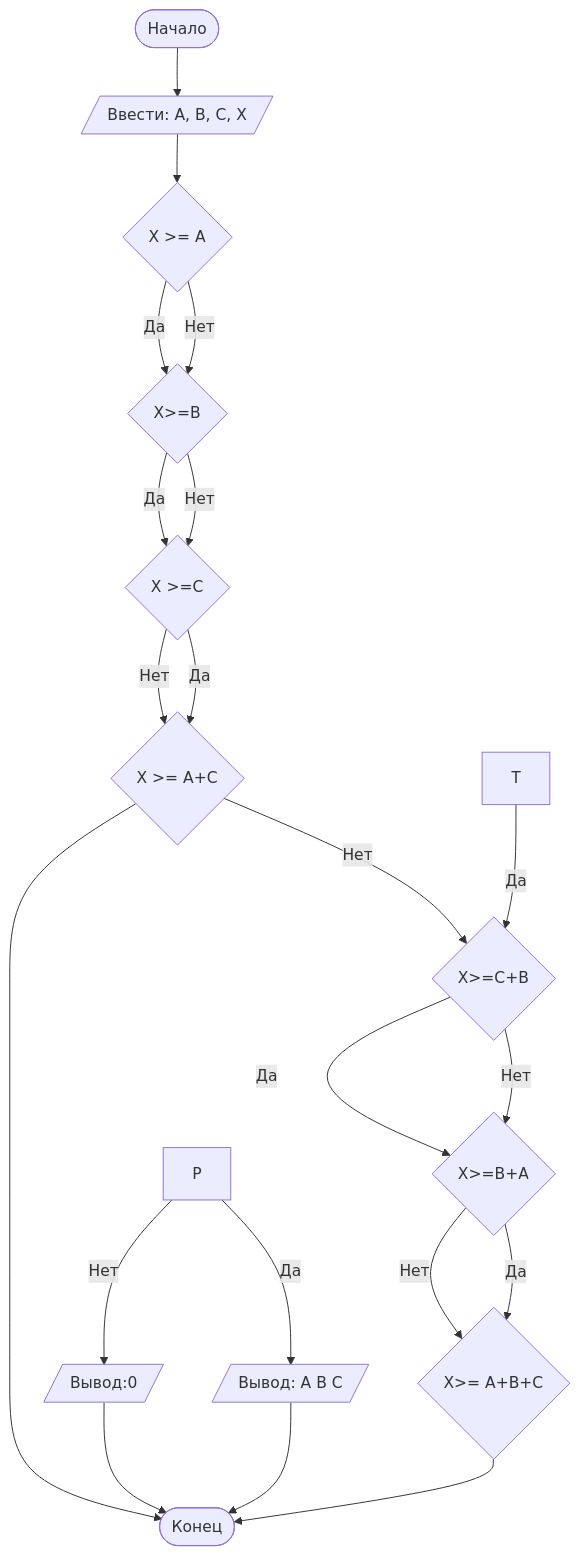
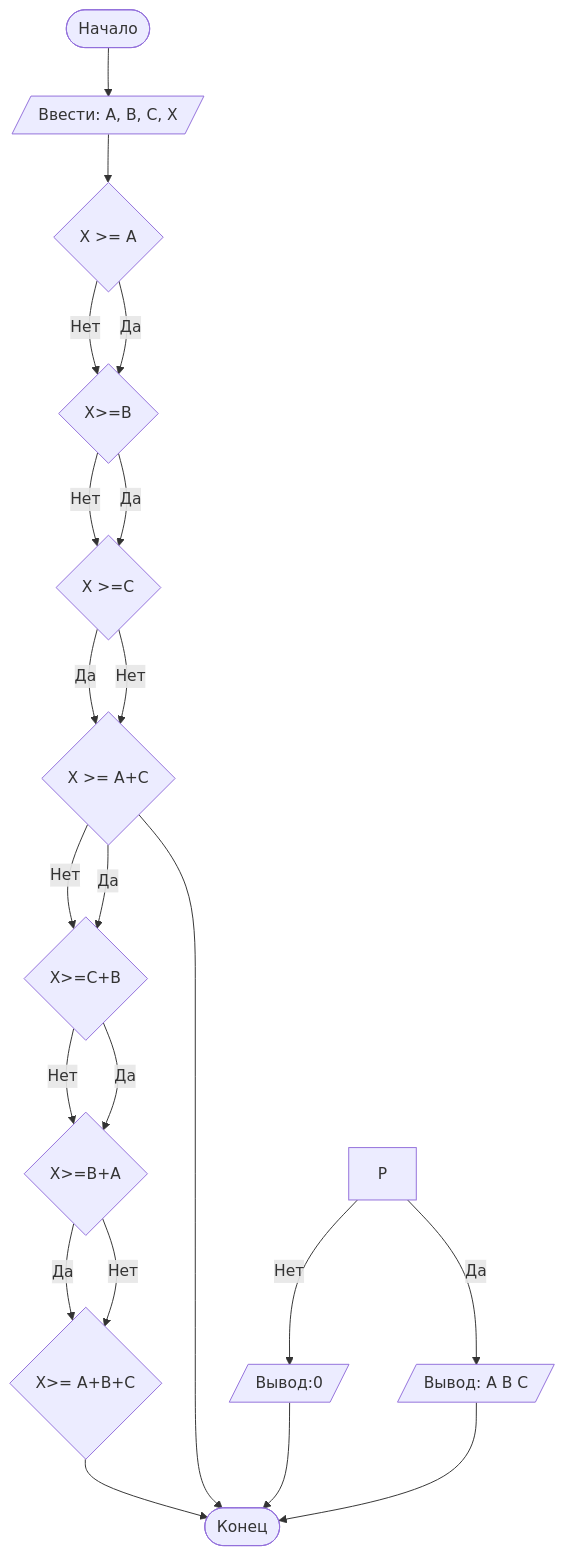
One commit to nr41354-lang/Lab1 changed the diagram in README.md. Above: the diagram before and after it, drawn with Mermaid. The commit also changed other lines of this file, not shown here.

````diff
--- a/README.md
+++ b/README.md
@@ -95,24 +95,24 @@
 ```mermaid
 graph TD
     A([Начало]) --> B[/Ввести: A, B, C, X/]
     B --> C{X >= A}
     C -- Нет --> D{X >= B}
     D -- Нет --> E{X >= C}
     D -- Да --> E{X >=C}
     C -- Да --> D{X>=B}
 E--Да--> J{X>=A+C}
     E -- Нет --> J{X >= A+C}
 J--Нет--> K{X >= C+B}
 K--Нет--> L{X >= B+A}
-T--Да--> K{X>=C+B}
+J--Да--> K{X>=C+B}
 K--Да--> L{X>=B+A}
 L--Да--> O{X>=A+B+C}
 L--Нет--> O{X>= A+B+C}
 P--Да--> Q[/Вывод: A B C/]
 P--Нет--> R[/Вывод:0/]
 O-->Z
 J-->Z
     R --> Z
     Q --> Z([Конец])
 
 ```
````
